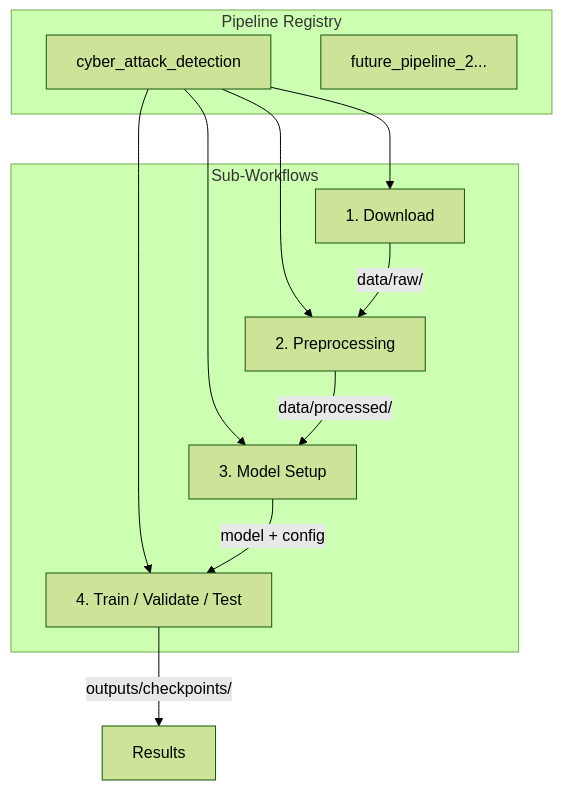
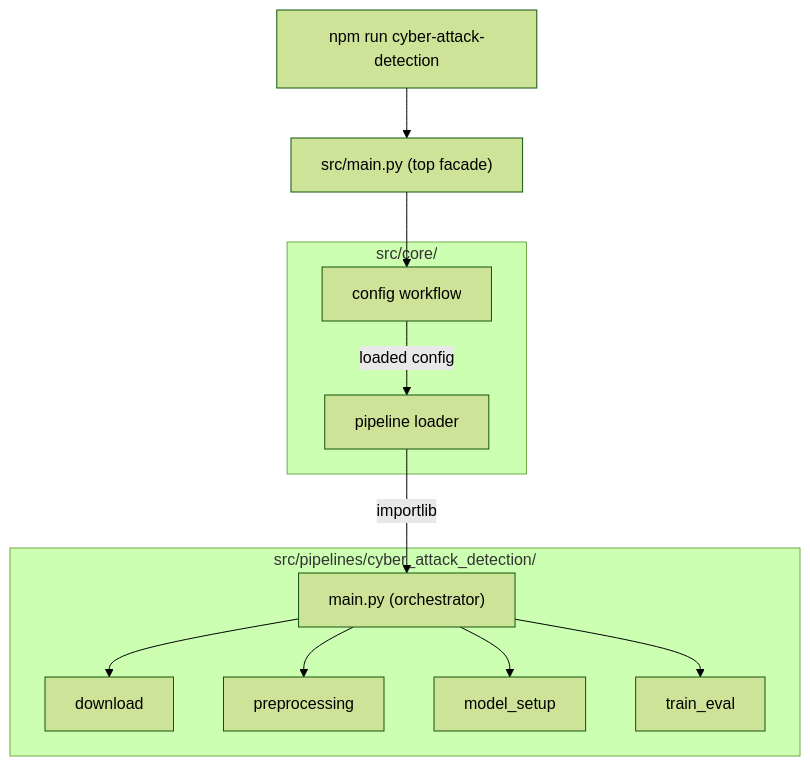
The diagram in PyTorch_Project_Structure.md (javakishore-veleti/Threat-Detection-Model-DeepLearning), drawn with Mermaid (forest theme) before and after one commit. The commit also changed other lines of this file and 12 other files, not shown here.

````diff
--- a/PyTorch_Project_Structure.md
+++ b/PyTorch_Project_Structure.md
@@ -81,24 +77,24 @@
 ```mermaid
 flowchart TD
-    subgraph registry [Pipeline Registry]
-        CAD["cyber_attack_detection"]
-        FUTURE["future_pipeline_2..."]
+    NPM["npm run cyber-attack-detection"] --> MAIN["src/main.py (top facade)"]
+    MAIN --> CW["core/config.py"]
+    CW -->|"loaded config"| DISC["core/loader.py"]
+    DISC -->|"importlib"| PMAIN["pipeline/main.py (orchestrator)"]
+    PMAIN --> SW1["download"]
+    PMAIN --> SW2["preprocessing"]
+    PMAIN --> SW3["model_setup"]
+    PMAIN --> SW4["train_eval"]
+
+    subgraph core [src/core/]
+        CW["config workflow"]
+        DISC["pipeline loader"]
     end
 
-    CAD --> DL
-    CAD --> PP
-    CAD --> MS
-    CAD --> TE
-
-    subgraph subworkflows [Sub-Workflows]
-        DL["1. Download"]
-        PP["2. Preprocessing"]
-        MS["3. Model Setup"]
-        TE["4. Train / Validate / Test"]
+    subgraph app [src/pipelines/cyber_attack_detection/]
+        PMAIN["main.py (orchestrator)"]
+        SW1
+        SW2
+        SW3
+        SW4
     end
-
-    DL -->|"data/raw/"| PP
-    PP -->|"data/processed/"| MS
-    MS -->|"model + config"| TE
-    TE -->|"outputs/checkpoints/"| DONE[Results]
 ```
````
